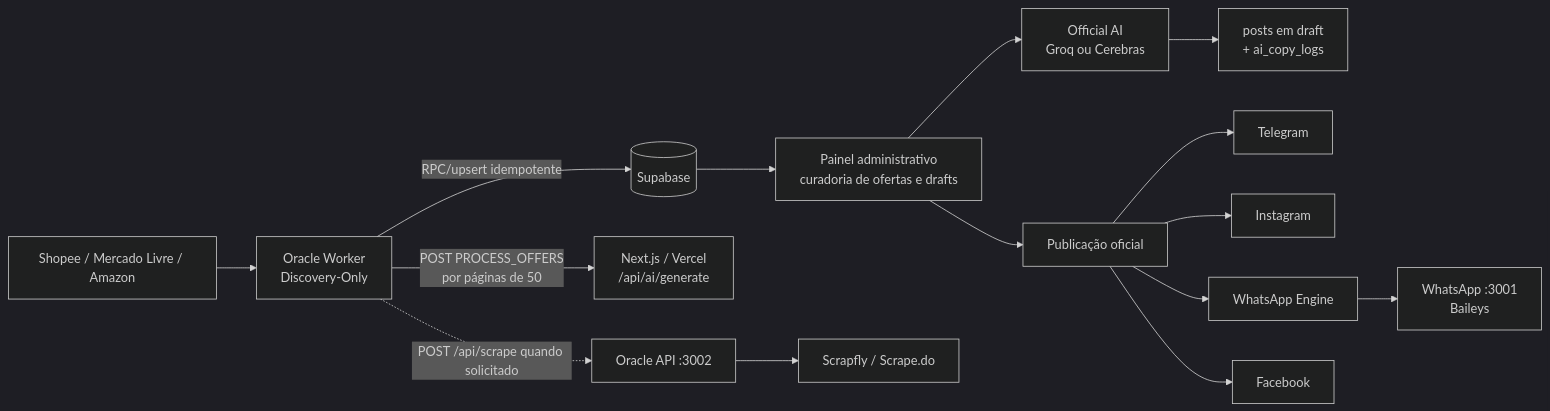
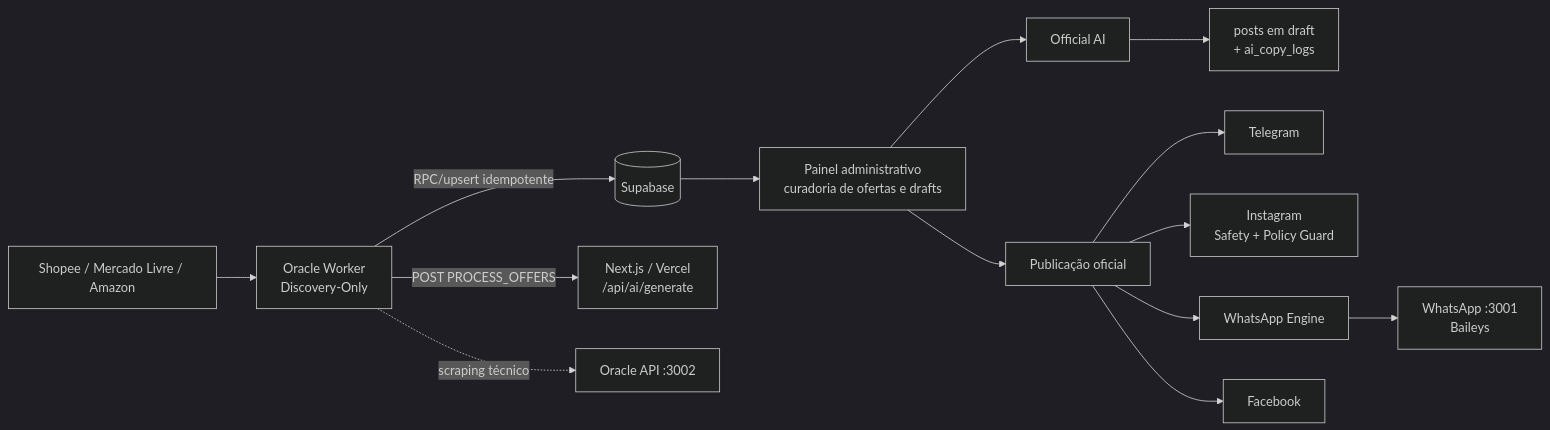
The first of 2 diagrams in docs/architecture-current.md (Andrejr82/Caca_OfertaOficial), drawn with Mermaid (dark theme) before and after one commit. The commit also changed other lines of this file, not shown here.

Commit message:
docs: refresh canonical architecture

````diff
--- a/docs/architecture-current.md
+++ b/docs/architecture-current.md
@@ -24,17 +27,16 @@
 ```mermaid
 flowchart LR
   M["Shopee / Mercado Livre / Amazon"] --> O["Oracle Worker\nDiscovery-Only"]
   O -->|"RPC/upsert idempotente"| S[("Supabase")]
-  O -->|"POST PROCESS_OFFERS\npor páginas de 50"| V["Next.js / Vercel\n/api/ai/generate"]
+  O -->|"POST PROCESS_OFFERS"| V["Next.js / Vercel\n/api/ai/generate"]
   S --> P["Painel administrativo\ncuradoria de ofertas e drafts"]
-  P --> AI["Official AI\nGroq ou Cerebras"]
+  P --> AI["Official AI"]
   AI --> D["posts em draft\n+ ai_copy_logs"]
   P --> T["Publicação oficial"]
   T --> TG["Telegram"]
-  T --> IG["Instagram"]
+  T --> IG["Instagram\nSafety + Policy Guard"]
   T --> WA["WhatsApp Engine"]
   T --> FB["Facebook"]
-  O -. "POST /api/scrape quando solicitado" .-> OA["Oracle API :3002"]
-  OA --> SF["Scrapfly / Scrape.do"]
+  O -. "scraping técnico" .-> OA["Oracle API :3002"]
   WA --> WS["WhatsApp :3001\nBaileys"]
 ```
````
